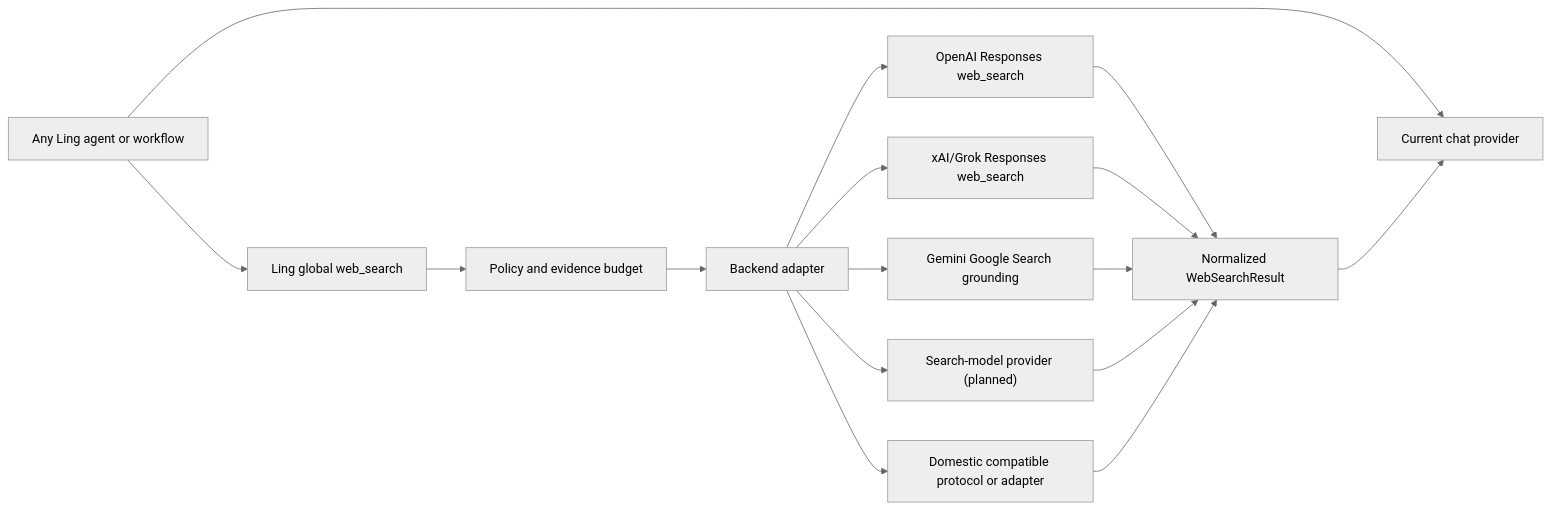
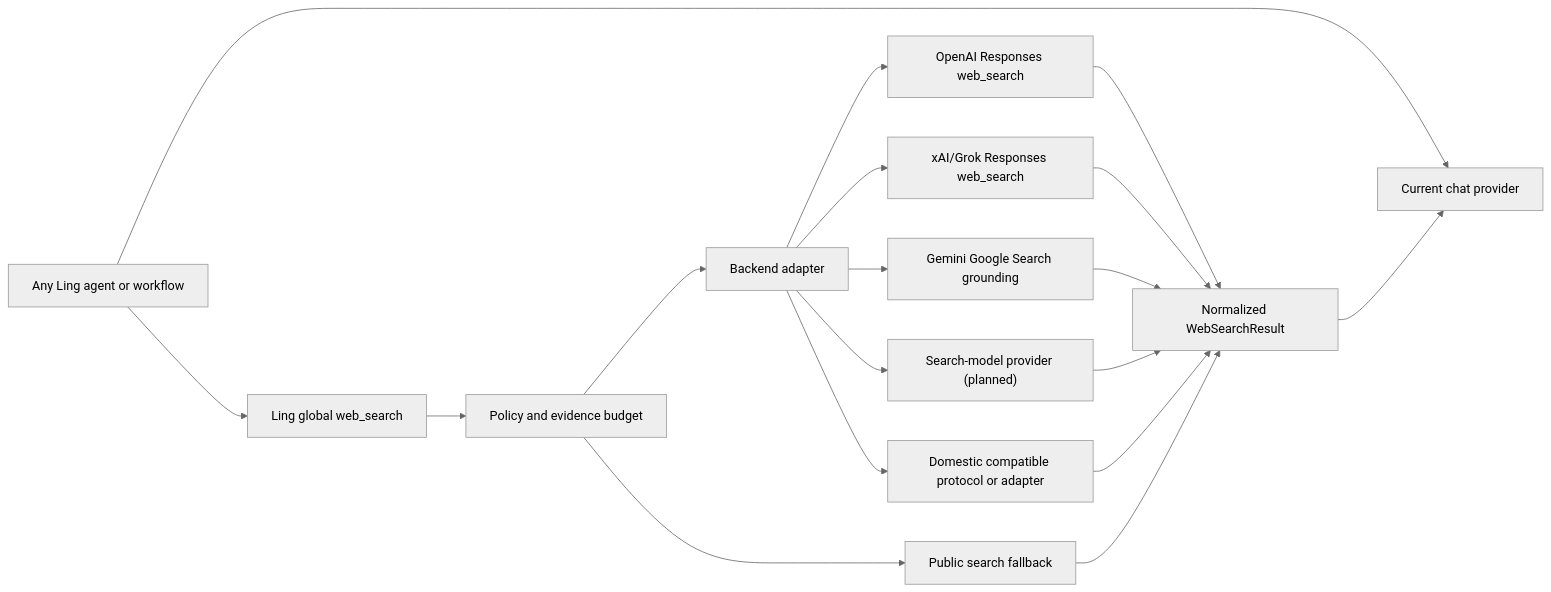
One commit to ling-stack-org/ling-stack changed the second of 2 diagrams in docs/design/ling-web-tools.md. Above: the diagram before and after it, drawn with Mermaid (neutral theme). The commit also changed other lines of this file and 5 other files, not shown here.

Commit message:
Add host public web search fallback

````diff
--- a/docs/design/ling-web-tools.md
+++ b/docs/design/ling-web-tools.md
@@ -86,18 +90,20 @@
 ```mermaid
 flowchart LR
   Agent["Any Ling agent or workflow"] --> GlobalTool["Ling global web_search"]
   Agent --> ChatModel["Current chat provider"]
   GlobalTool --> Policy["Policy and evidence budget"]
   Policy --> Adapter["Backend adapter"]
+  Policy --> PublicFallback["Public search fallback"]
   Adapter --> OpenAI["OpenAI Responses web_search"]
   Adapter --> Grok["xAI/Grok Responses web_search"]
   Adapter --> Google["Gemini Google Search grounding"]
   Adapter --> Perplexity["Search-model provider (planned)"]
   Adapter --> Domestic["Domestic compatible protocol or adapter"]
   OpenAI --> Evidence["Normalized WebSearchResult"]
   Grok --> Evidence
   Google --> Evidence
   Perplexity --> Evidence
   Domestic --> Evidence
+  PublicFallback --> Evidence
   Evidence --> ChatModel
 ```
````
